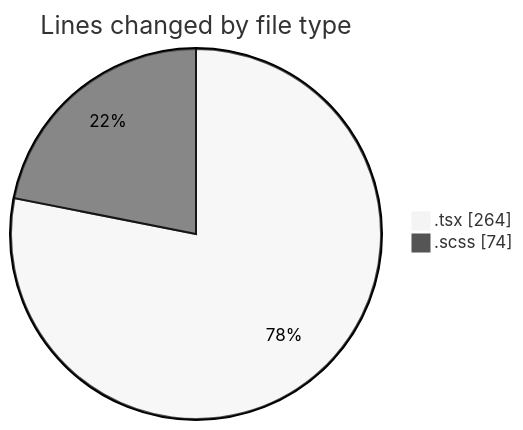
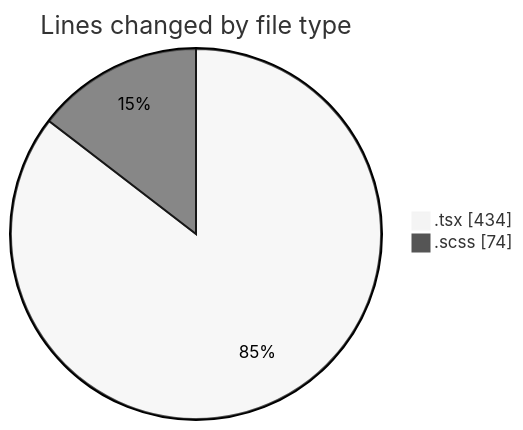
Before and after one commit to momahboobian/code-tracking: the first of 2 diagrams in 2025-12-09/cda/README.md, drawn with Mermaid (neutral theme). The commit also changed other lines of this file and 1 other file, not shown here.

````diff
--- a/2025-12-09/cda/README.md
+++ b/2025-12-09/cda/README.md
@@ -22,6 +22,6 @@
 ```mermaid
 pie showData
 title Lines changed by file type
-".tsx" : 264
+".tsx" : 434
 ".scss" : 74
 ```
````
